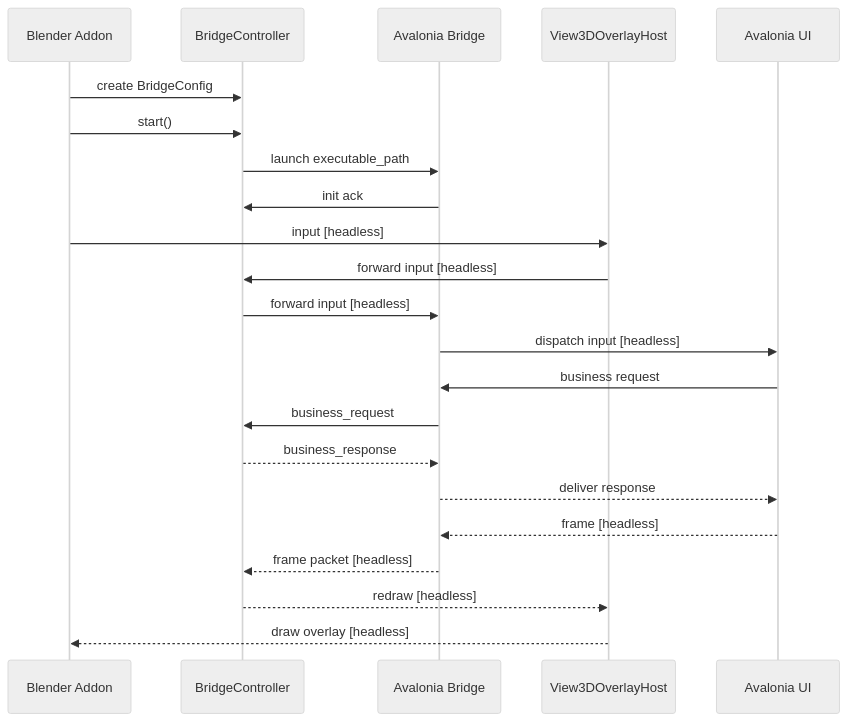
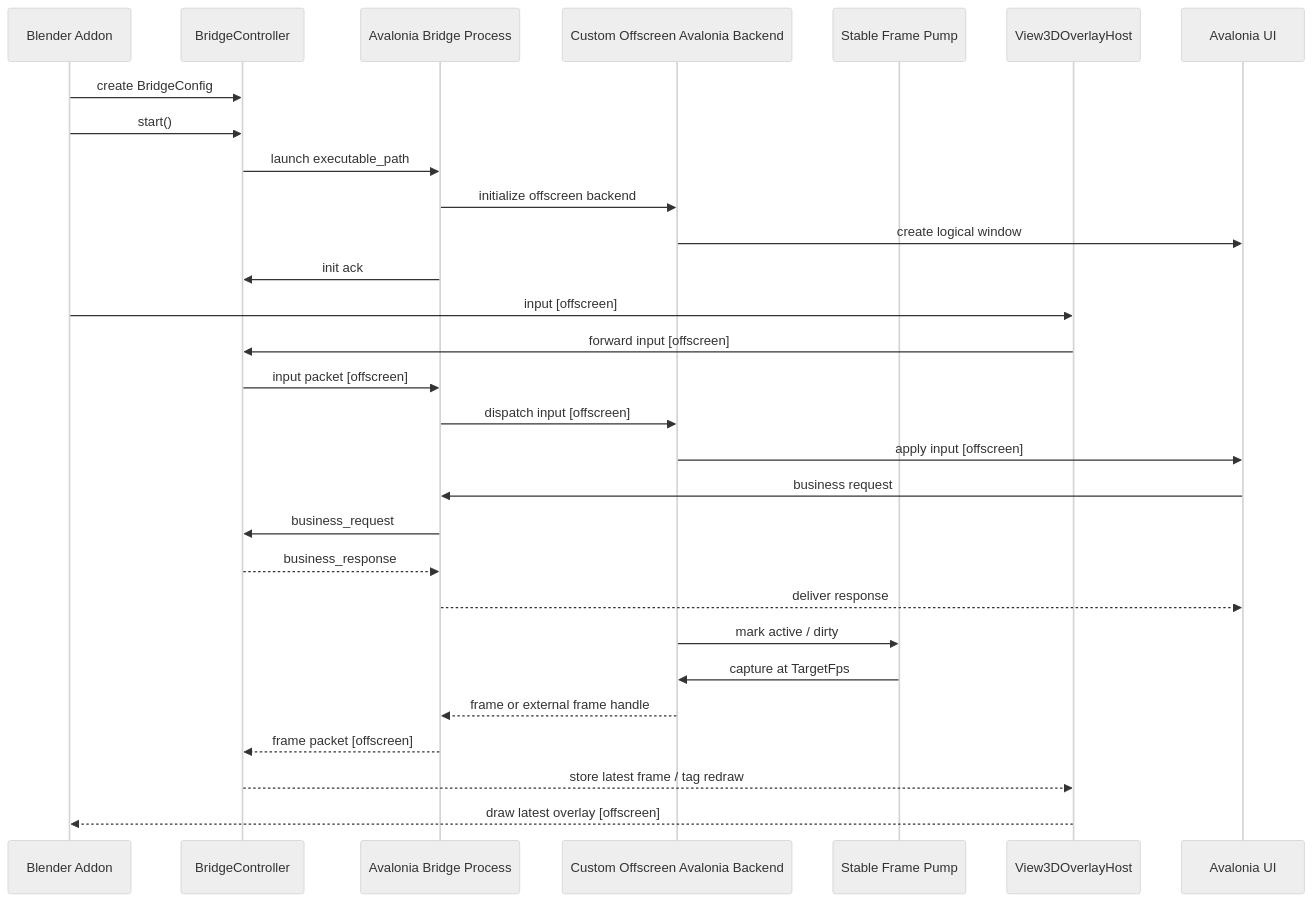
The second of 2 diagrams in docs/en/guide/how-it-works.md (atticus-lv/BlenderAvaloniaBridge), drawn with Mermaid (neutral theme) before and after one commit. The commit also changed other lines of this file and 9 other files, not shown here.

Commit message:
docs: update offscreen bridge architecture

````diff
--- a/docs/en/guide/how-it-works.md
+++ b/docs/en/guide/how-it-works.md
@@ -22,28 +28,35 @@
 ```mermaid
 sequenceDiagram
     participant Blender as Blender Addon
     participant Core as BridgeController
-    participant Bridge as Avalonia Bridge
+    participant Bridge as Avalonia Bridge Process
+    participant Backend as Custom Offscreen Avalonia Backend
+    participant Pump as Stable Frame Pump
     participant Host as View3DOverlayHost
     participant UI as Avalonia UI
 
     Blender->>Core: create BridgeConfig
     Blender->>Core: start()
     Core->>Bridge: launch executable_path
+    Bridge->>Backend: initialize offscreen backend
+    Backend->>UI: create logical window
     Bridge->>Core: init ack
 
-    Blender->>Host: input [headless]
-    Host->>Core: forward input [headless]
-    Core->>Bridge: forward input [headless]
-    Bridge->>UI: dispatch input [headless]
+    Blender->>Host: input [offscreen]
+    Host->>Core: forward input [offscreen]
+    Core->>Bridge: input packet [offscreen]
+    Bridge->>Backend: dispatch input [offscreen]
+    Backend->>UI: apply input [offscreen]
 
     UI->>Bridge: business request
     Bridge->>Core: business_request
     Core-->>Bridge: business_response
     Bridge-->>UI: deliver response
 
-    UI-->>Bridge: frame [headless]
-    Bridge-->>Core: frame packet [headless]
-    Core-->>Host: redraw [headless]
-    Host-->>Blender: draw overlay [headless]
+    Backend->>Pump: mark active / dirty
+    Pump->>Backend: capture at TargetFps
+    Backend-->>Bridge: frame or external frame handle
+    Bridge-->>Core: frame packet [offscreen]
+    Core-->>Host: store latest frame / tag redraw
+    Host-->>Blender: draw latest overlay [offscreen]
 ```
````
